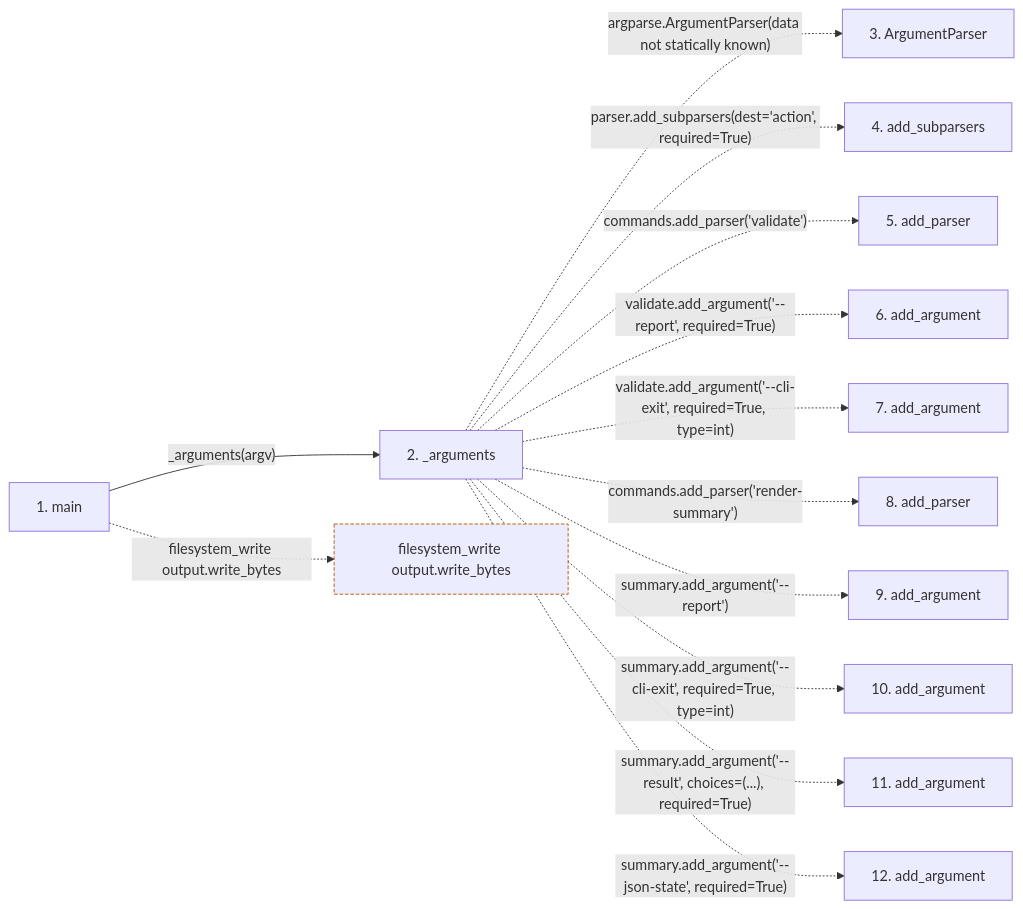
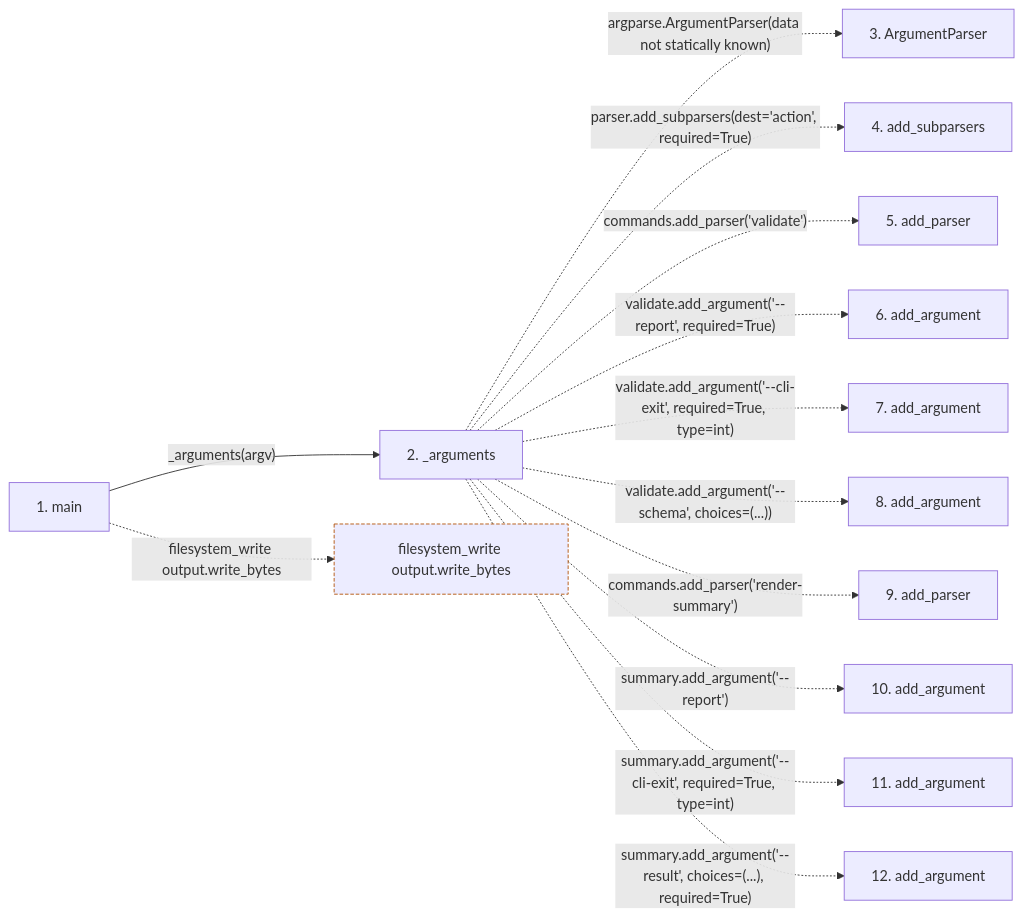
The second of 2 diagrams in docs/llm_wiki/flows/process-ci_report.md (Denissvgn/python-wiki-llm), drawn with Mermaid before and after one commit. The commit also changed other lines of this file and 240 other files, not shown here.

````diff
--- a/docs/llm_wiki/flows/process-ci_report.md
+++ b/docs/llm_wiki/flows/process-ci_report.md
@@ -67,32 +66,32 @@
 ```mermaid
 flowchart LR
     s1["1. main"]
     s2["2. _arguments"]
     s3["3. ArgumentParser"]
     s4["4. add_subparsers"]
     s5["5. add_parser"]
     s6["6. add_argument"]
     s7["7. add_argument"]
-    s8["8. add_parser"]
-    s9["9. add_argument"]
+    s8["8. add_argument"]
+    s9["9. add_parser"]
     s10["10. add_argument"]
     s11["11. add_argument"]
     s12["12. add_argument"]
     s1 -->|"_arguments(argv)"| s2
     s2 -. "argparse.ArgumentParser(data not statically known)" .-> s3
     s2 -. "parser.add_subparsers(dest='action', required=True)" .-> s4
     s2 -. "commands.add_parser('validate')" .-> s5
     s2 -. "validate.add_argument('--report', required=True)" .-> s6
     s2 -. "validate.add_argument('--cli-exit', required=True, type=int)" .-> s7
-    s2 -. "commands.add_parser('render-summary')" .-> s8
-    s2 -. "summary.add_argument('--report')" .-> s9
-    s2 -. "summary.add_argument('--cli-exit', required=True, type=int)" .-> s10
-    s2 -. "summary.add_argument('--result', choices=(...), required=True)" .-> s11
-    s2 -. "summary.add_argument('--json-state', required=True)" .-> s12
+    s2 -. "validate.add_argument('--schema', choices=(...))" .-> s8
+    s2 -. "commands.add_parser('render-summary')" .-> s9
+    s2 -. "summary.add_argument('--report')" .-> s10
+    s2 -. "summary.add_argument('--cli-exit', required=True, type=int)" .-> s11
+    s2 -. "summary.add_argument('--result', choices=(...), required=True)" .-> s12
     b0["filesystem_write output.write_bytes"]
     s1 -. "filesystem_write output.write_bytes" .-> b0
     click s1 "../modules/ci_report.md"
     click s2 "../modules/ci_report.md"
     classDef boundary stroke:#b45309,stroke-dasharray: 4 2
     class b0 boundary
 ```
````
